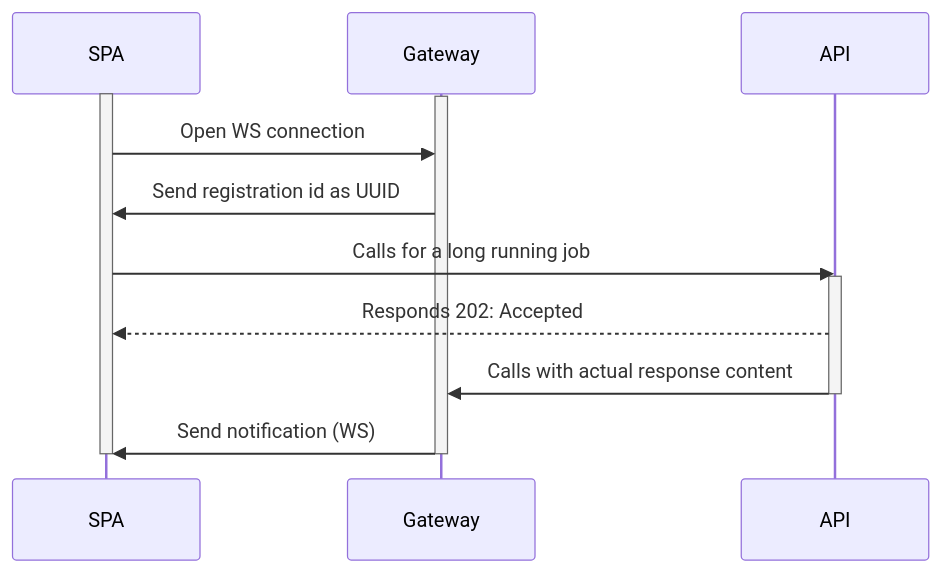
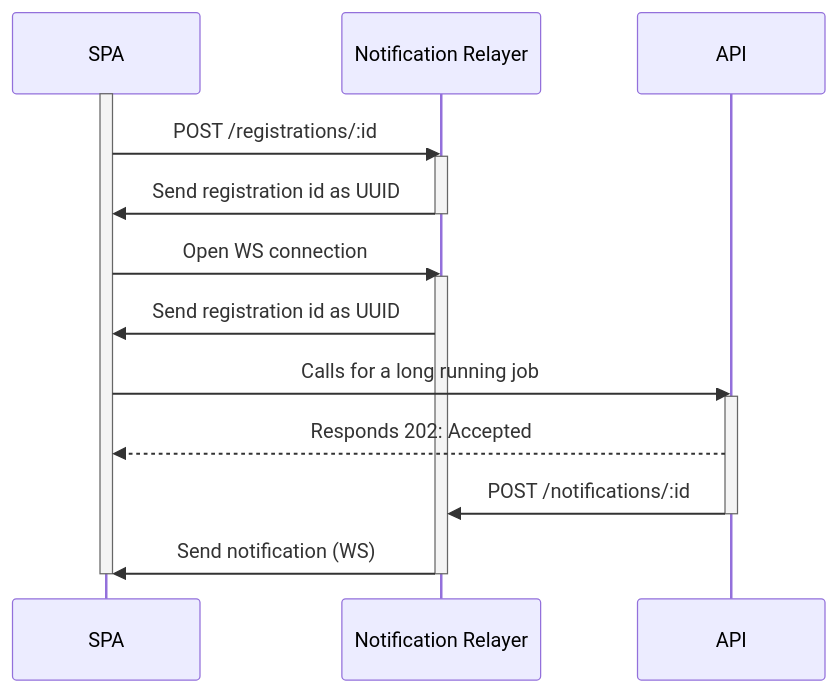
Before and after one commit to gliluaume/notification-relayer: the diagram in docs/images/sequence.mermaid.md, drawn with Mermaid. The commit also changed 27 other files, not shown here.

````diff
--- a/docs/images/sequence.mermaid.md
+++ b/docs/images/sequence.mermaid.md
@@ -1,19 +1,23 @@
 ```mermaid
 sequenceDiagram
     participant SPA
-    participant CBG as Gateway
+    participant CBG as Notification Relayer
     participant API
 
     activate SPA
+    SPA->>CBG: POST /registrations/:id
     activate CBG
+    CBG->>SPA: Send registration id as UUID
+    deactivate CBG
     SPA->>CBG: Open WS connection
+    activate CBG
     CBG->>SPA: Send registration id as UUID
     SPA->>API: Calls for a long running job
     activate API
     API-->>SPA: Responds 202: Accepted
-    API->>CBG: Calls with actual response content
+    API->>CBG: POST /notifications/:id
     deactivate API
     CBG->>SPA: Send notification (WS)
     deactivate SPA
     deactivate CBG
 ```
````
